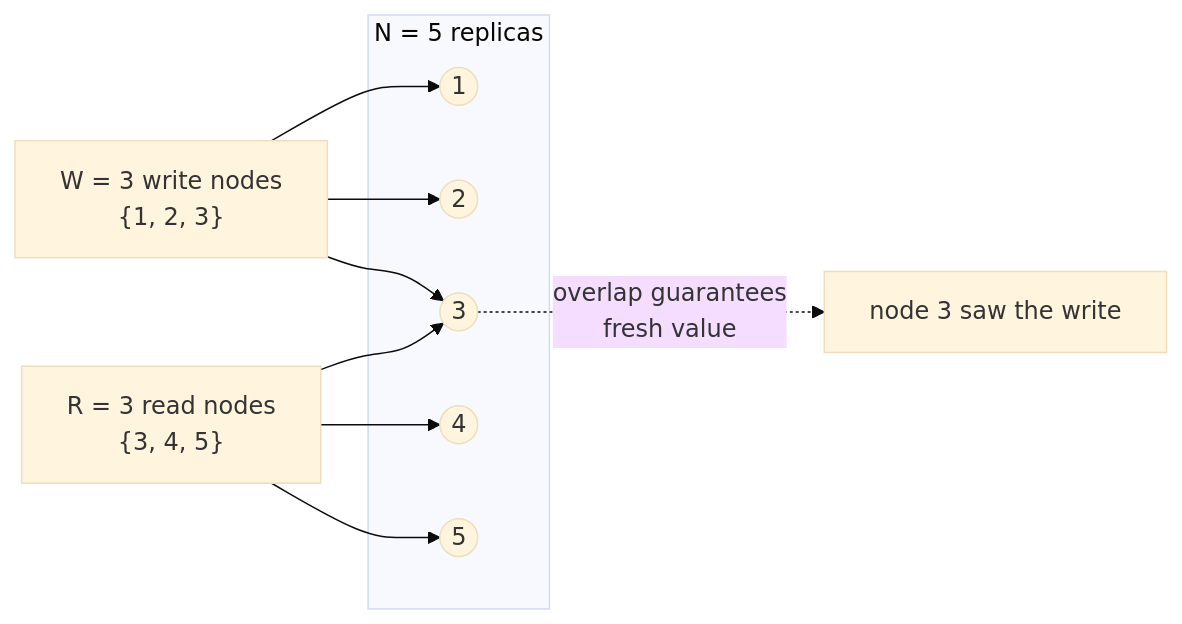
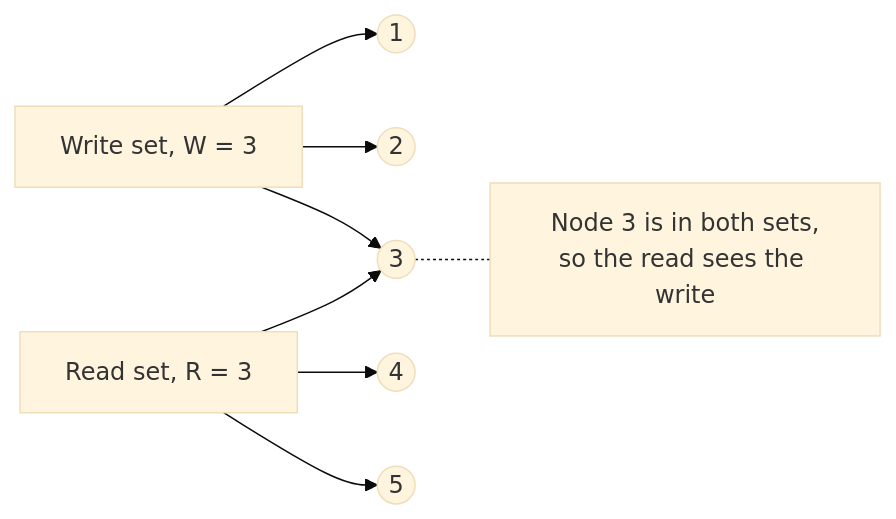
One commit to AndrewAltimit/Documentation changed the fourth of 9 diagrams in github-pages/docs/distributed-systems/replication-strategies.md. Above: the diagram before and after it, drawn with Mermaid (base theme). The commit also changed other lines of this file and 240 other files, not shown here.

````diff
--- a/github-pages/docs/distributed-systems/replication-strategies.md
+++ b/github-pages/docs/distributed-systems/replication-strategies.md
@@ -155,13 +174,10 @@
 ```mermaid
 flowchart LR
-    subgraph nodes["N = 5 replicas"]
-        n1((1)) ; n2((2)) ; n3((3)) ; n4((4)) ; n5((5))
-    end
-    W["W = 3 write nodes<br/>{1, 2, 3}"] --> n1
-    W --> n2
-    W --> n3
-    Rd["R = 3 read nodes<br/>{3, 4, 5}"] --> n3
-    Rd --> n4
-    Rd --> n5
-    n3 -.->|overlap guarantees<br/>fresh value| Overlap["node 3 saw the write"]
+    W["Write set, W = 3"] --> n1((1))
+    W --> n2((2))
+    W --> n3((3))
+    R["Read set, R = 3"] --> n3
+    R --> n4((4))
+    R --> n5((5))
+    n3 -.- O["Node 3 is in both sets,<br/>so the read sees the write"]
 ```
````
